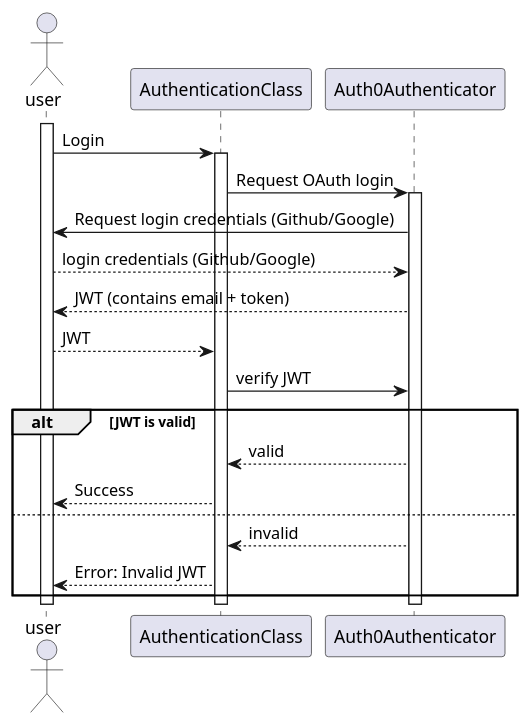
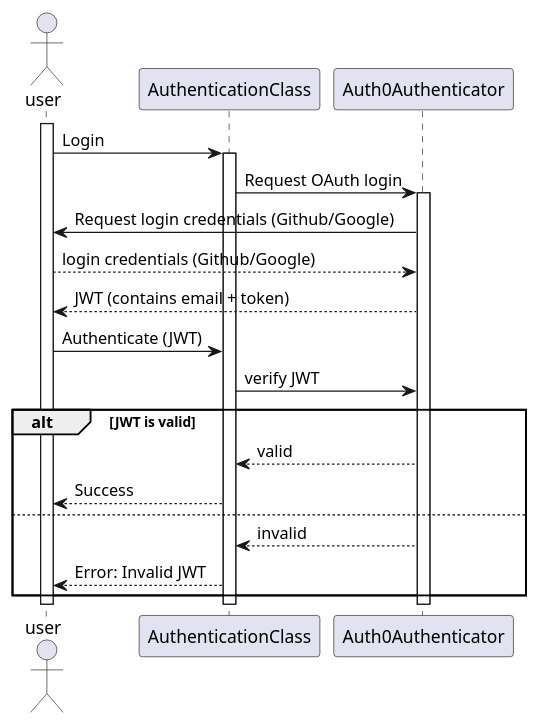
The diagram in doc/sequencediagrams/fr2.puml (PolyPong/PolyPong), drawn with PlantUML before and after one commit. The commit also changed 1 other file, not shown here.

Commit message:
update fr2sequence

```diff
--- a/doc/sequencediagrams/fr2.puml
+++ b/doc/sequencediagrams/fr2.puml
@@ -2,35 +2,35 @@
 @startuml
 
 actor user
 
 participant AuthenticationClass as a
 participant Auth0Authenticator as auth0
 
 activate user
         user -> a: Login
         activate a
                 a -> auth0: Request OAuth login
                 activate auth0
                         auth0 -> user: Request login credentials (Github/Google)
                         user --> auth0: login credentials (Github/Google)
                         auth0 --> user: JWT (contains email + token)
-                        user --> a: JWT
+                        user -> a: Authenticate (JWT)
                         a -> auth0: verify JWT
                         alt JWT is valid
                                 auth0 --> a: valid
                                 a --> user: Success
                         else
                                 auth0 --> a: invalid
                                 a --> user: Error: Invalid JWT
                         end
 
                 deactivate auth0
                 deactivate a
 deactivate user
 
 
 
 
 
 
 @enduml
```
